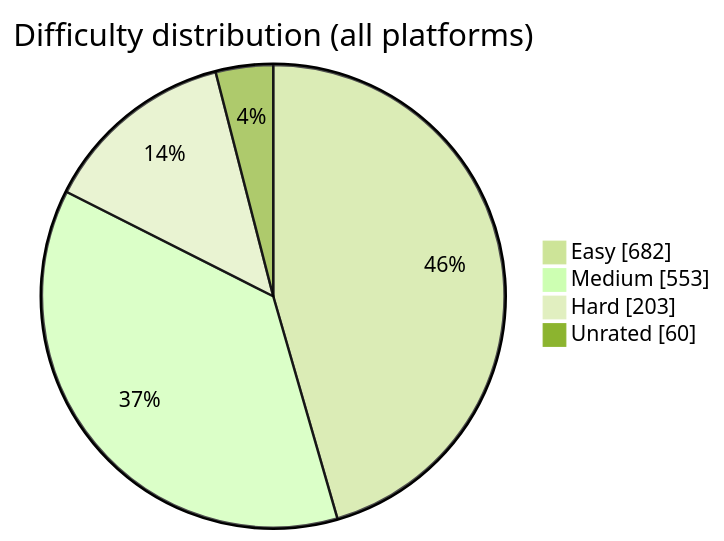
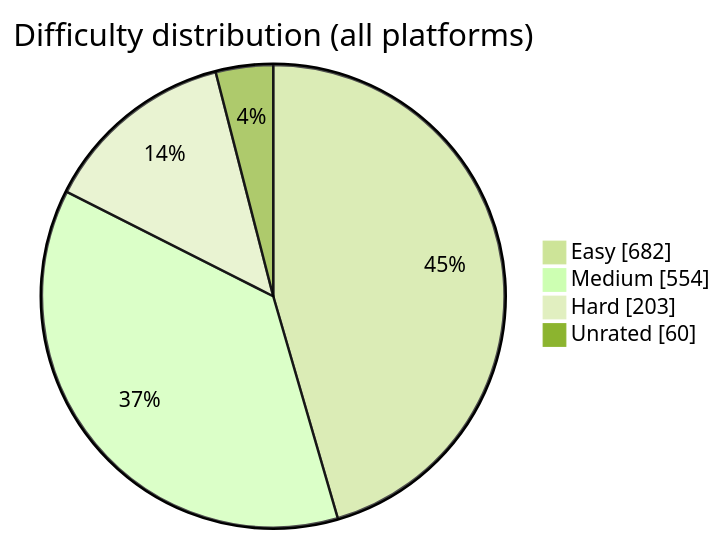
The diagram in README.md (BuildbyArindam/Daily-Coding-Log), drawn with Mermaid (forest theme) before and after one commit. The commit also changed other lines of this file, not shown here.

````diff
--- a/README.md
+++ b/README.md
@@ -93,7 +93,7 @@
 ```mermaid
 pie showData title Difficulty distribution (all platforms)
     "Easy" : 682
-    "Medium" : 553
+    "Medium" : 554
     "Hard" : 203
     "Unrated" : 60
 ```
````
